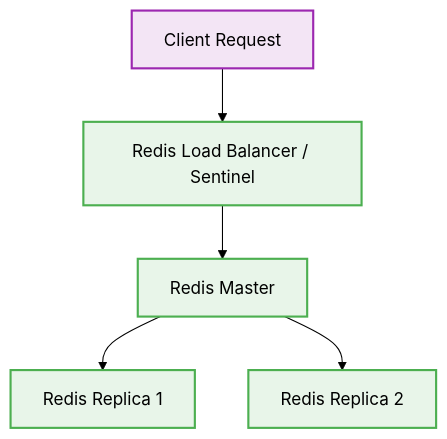
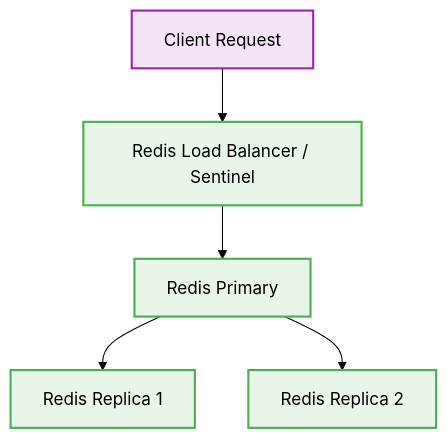
Before and after one commit to beginwebdev2002/best-practise: the diagram in backend/redis/architecture.md, drawn with Mermaid (forest theme). The commit also changed other lines of this file and 4 other files, not shown here.

Commit message:
docs(backend): autonomous architectural standardization for fastify

````diff
--- a/backend/redis/architecture.md
+++ b/backend/redis/architecture.md
@@ -46,17 +46,17 @@
 ```mermaid
 graph TD
     A[Client Request] --> B[Redis Load Balancer / Sentinel]
-    B --> C[Redis Master]
+    B --> C[Redis Primary]
     C --> D[Redis Replica 1]
     C --> E[Redis Replica 2]
 
     classDef default fill:#e1f5fe,stroke:#03a9f4,stroke-width:2px,color:#000;
     classDef component fill:#e8f5e9,stroke:#4caf50,stroke-width:2px,color:#000;
     classDef layout fill:#f3e5f5,stroke:#9c27b0,stroke-width:2px,color:#000;
 
     class A layout;
     class B component;
     class C component;
     class D component;
     class E component;
 ```
````
